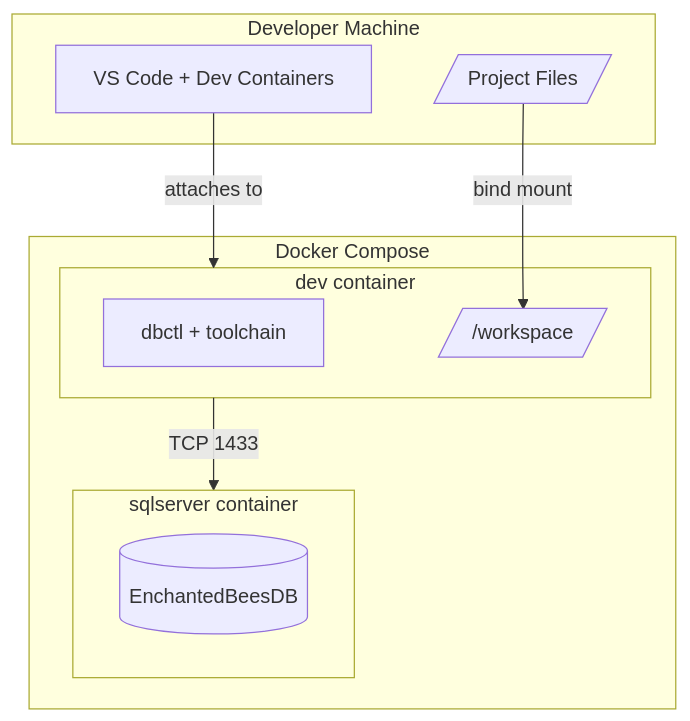
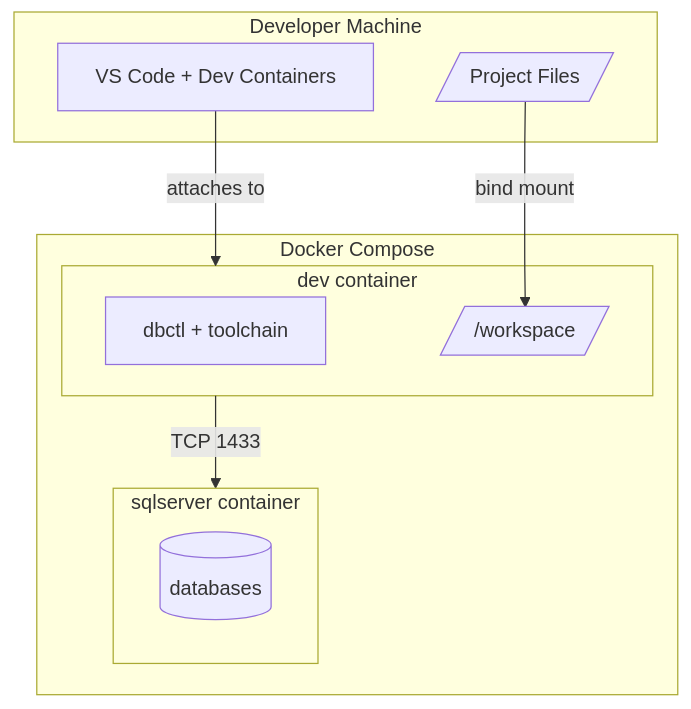
Before and after one commit to therickwillis/sqlserver-experiments: the first of 4 diagrams in experiments/enchanted-bees/docs/OVERVIEW.md, drawn with Mermaid. The commit also changed other lines of this file and 33 other files, not shown here.

````diff
--- a/experiments/enchanted-bees/docs/OVERVIEW.md
+++ b/experiments/enchanted-bees/docs/OVERVIEW.md
@@ -28,22 +28,22 @@
 ```mermaid
 graph TB
     subgraph host["Developer Machine"]
         vscode["VS Code + Dev Containers"]
         project[/"Project Files"/]
     end
 
     subgraph docker["Docker Compose"]
         subgraph dev["dev container"]
             tools["dbctl + toolchain"]
             workspace[/"/workspace"/]
         end
 
         subgraph sql["sqlserver container"]
-            db[("EnchantedBeesDB")]
+            db[("databases")]
         end
     end
 
     vscode -->|"attaches to"| dev
     project -->|"bind mount"| workspace
     dev -->|"TCP 1433"| sql
 ```
````
